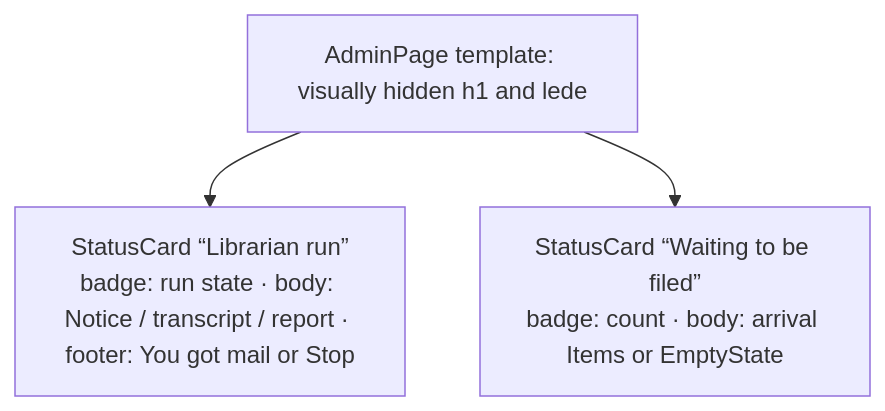
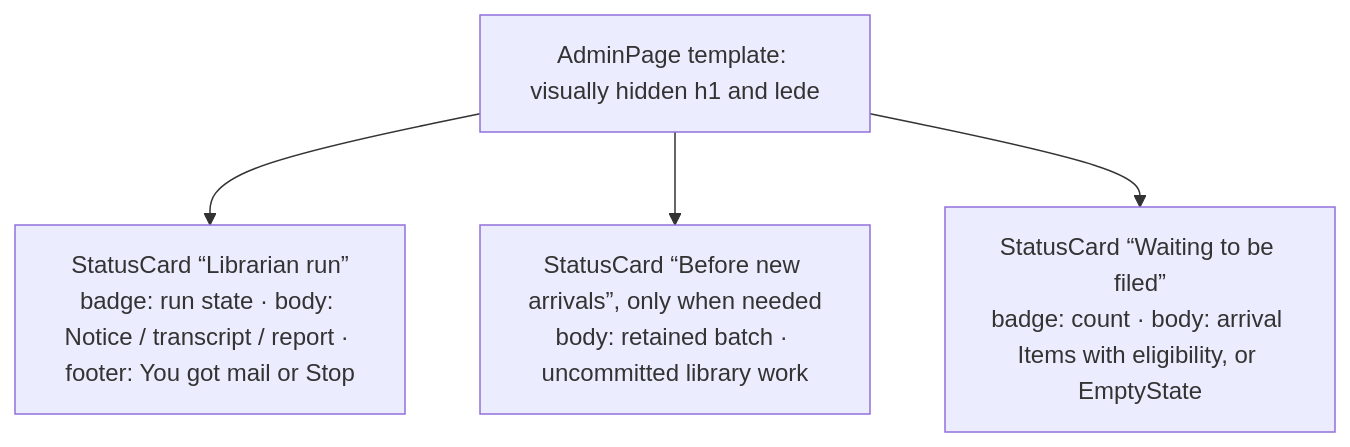
One commit to flyingrobots/reader changed the diagram in docs/admin-design/inbox.md. Above: the diagram before and after it, drawn with Mermaid. The commit also changed 10 other files, not shown here.

````diff
--- a/docs/admin-design/inbox.md
+++ b/docs/admin-design/inbox.md
@@ -18,6 +18,7 @@
 ```mermaid
 flowchart TB
   page[AdminPage template: visually hidden h1 and lede]
   page --> run[StatusCard “Librarian run”<br/>badge: run state · body: Notice / transcript / report · footer: You got mail or Stop]
-  page --> list[StatusCard “Waiting to be filed”<br/>badge: count · body: arrival Items or EmptyState]
+  page --> before[StatusCard “Before new arrivals”, only when needed<br/>body: retained batch · uncommitted library work]
+  page --> list[StatusCard “Waiting to be filed”<br/>badge: count · body: arrival Items with eligibility, or EmptyState]
 ```
````
